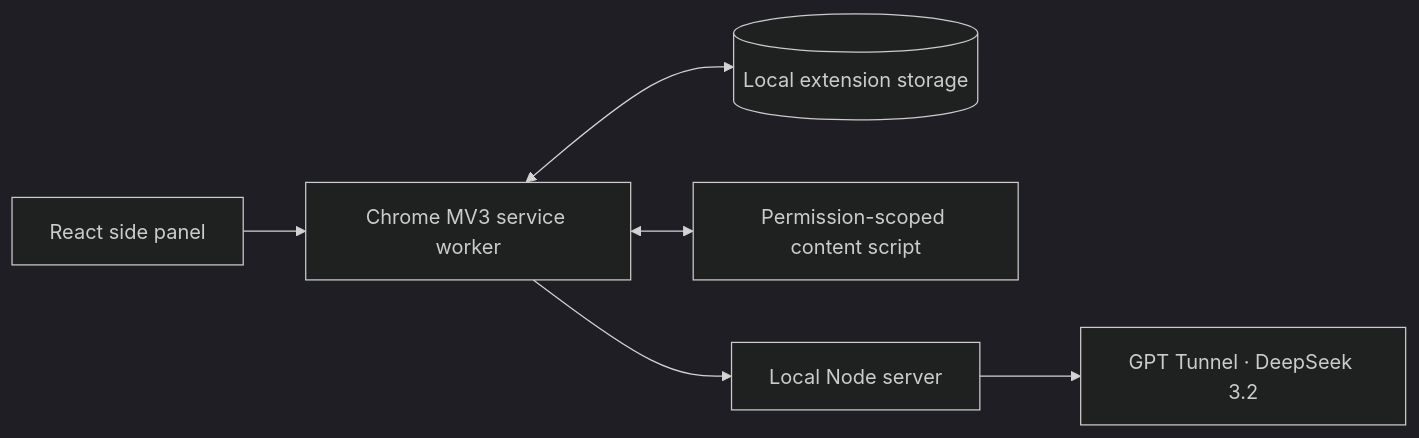
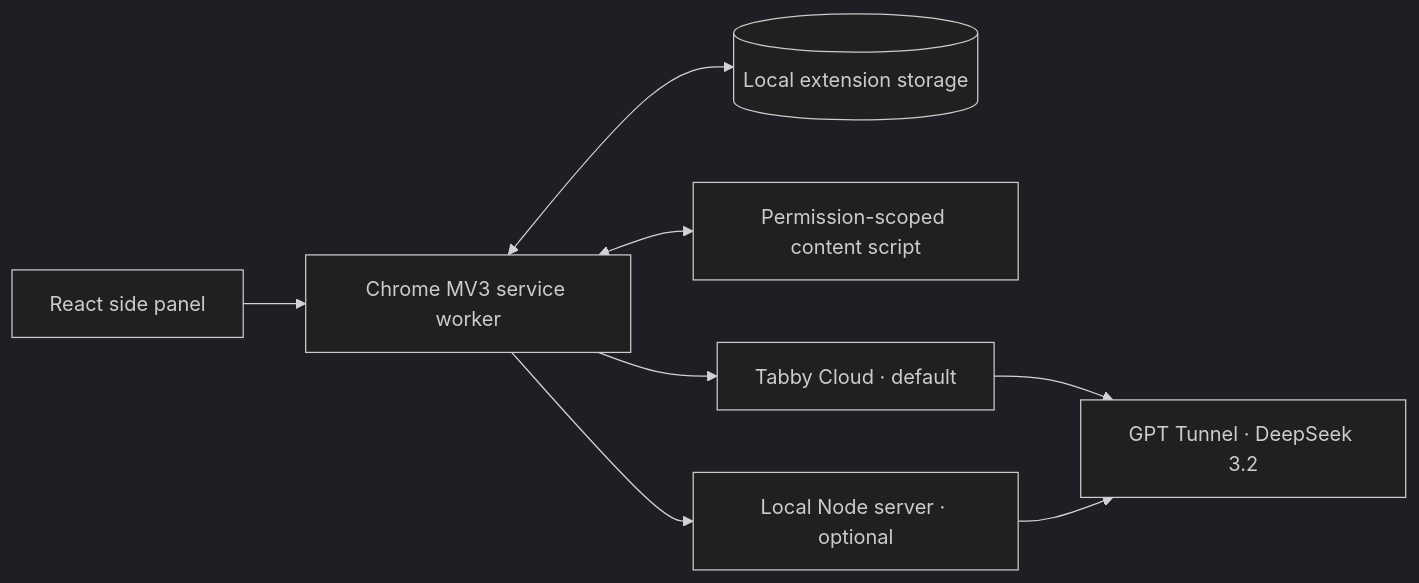
Before and after one commit to GeorgeItsMe/hack_openai: the diagram in README.md, drawn with Mermaid (dark theme). The commit also changed other lines of this file and 29 other files, not shown here.

````diff
--- a/README.md
+++ b/README.md
@@ -123,8 +132,10 @@
 ```mermaid
 flowchart LR
   Panel[React side panel] --> Worker[Chrome MV3 service worker]
   Worker <--> Storage[(Local extension storage)]
   Worker <--> Page[Permission-scoped content script]
-  Worker --> Server[Local Node server]
-  Server --> AI[GPT Tunnel · DeepSeek 3.2]
+  Worker --> Cloud[Tabby Cloud · default]
+  Worker --> Server[Local Node server · optional]
+  Cloud --> AI[GPT Tunnel · DeepSeek 3.2]
+  Server --> AI
 ```
````
